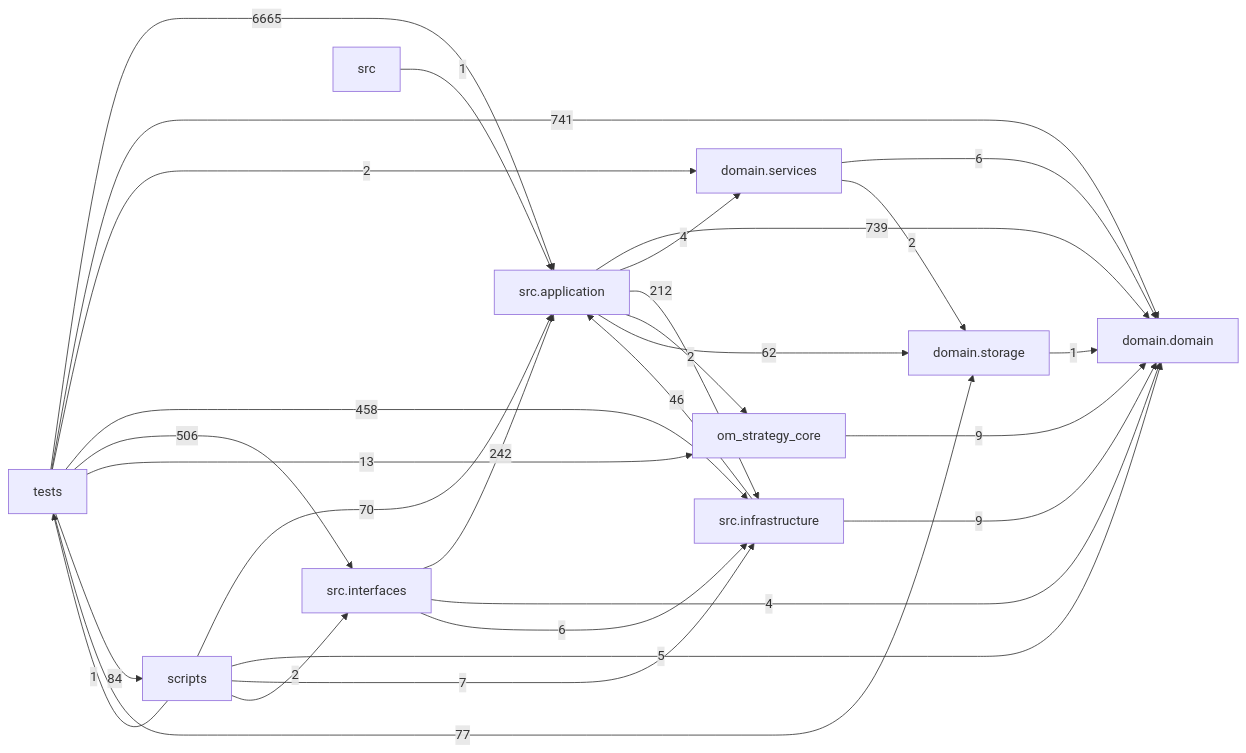
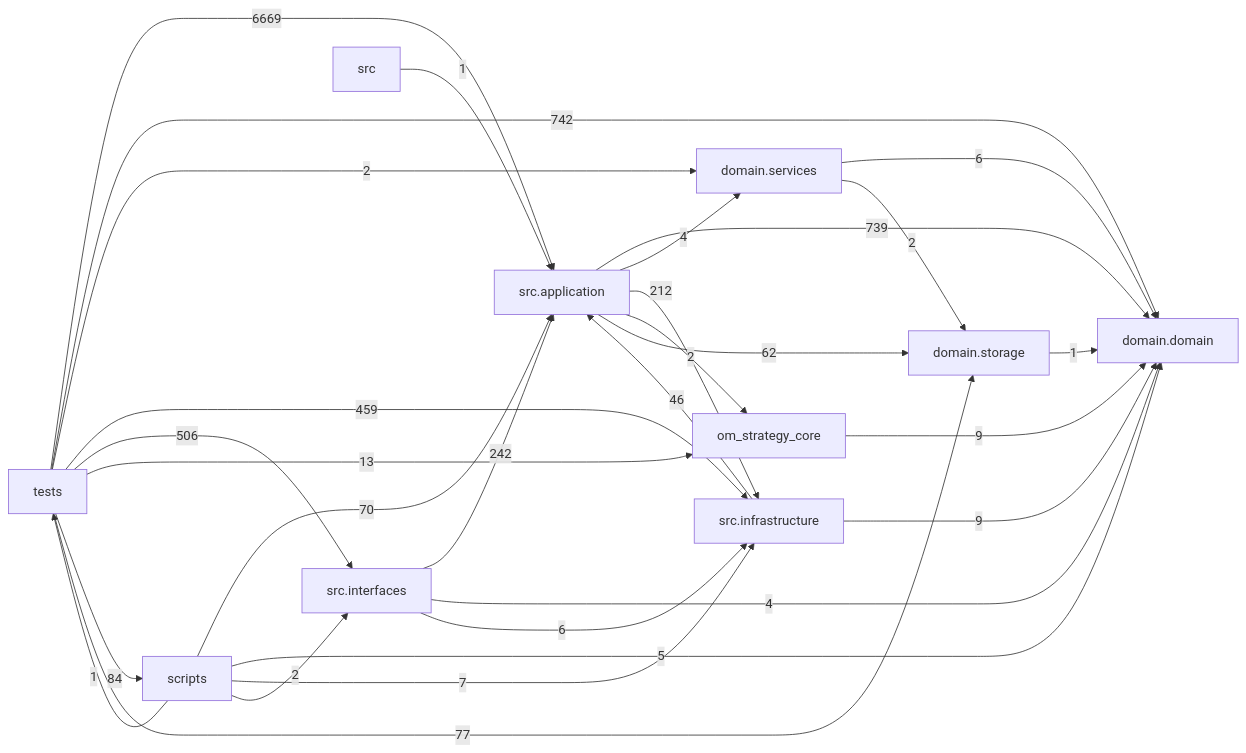
Before and after one commit to liuxie066/options-monitor: the diagram in docs/DEPENDENCY_GRAPH.md, drawn with Mermaid. The commit also changed other lines of this file and 4 other files, not shown here.

````diff
--- a/docs/DEPENDENCY_GRAPH.md
+++ b/docs/DEPENDENCY_GRAPH.md
@@ -24,39 +24,39 @@
 ```mermaid
 flowchart LR
   tests["tests"]
   scripts["scripts"]
   interfaces["src.interfaces"]
   application["src.application"]
   infrastructure["src.infrastructure"]
   domain_services["domain.services"]
   domain["domain.domain"]
   storage["domain.storage"]
   application -->|739| domain
   application -->|4| domain_services
   application -->|212| infrastructure
   application -->|2| om_strategy_core
   application -->|62| storage
   domain_services -->|6| domain
   domain_services -->|2| storage
   infrastructure -->|46| application
   infrastructure -->|9| domain
   interfaces -->|242| application
   interfaces -->|4| domain
   interfaces -->|6| infrastructure
   om_strategy_core -->|9| domain
   scripts -->|70| application
   scripts -->|5| domain
   scripts -->|7| infrastructure
   scripts -->|2| interfaces
   scripts -->|1| tests
   src -->|1| application
   storage -->|1| domain
-  tests -->|6665| application
-  tests -->|741| domain
+  tests -->|6669| application
+  tests -->|742| domain
   tests -->|2| domain_services
-  tests -->|458| infrastructure
+  tests -->|459| infrastructure
   tests -->|506| interfaces
   tests -->|13| om_strategy_core
   tests -->|84| scripts
   tests -->|77| storage
 ```
````
